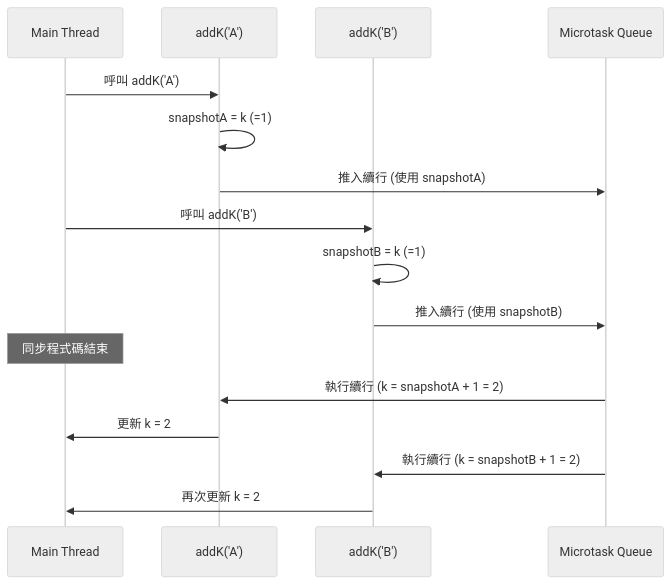
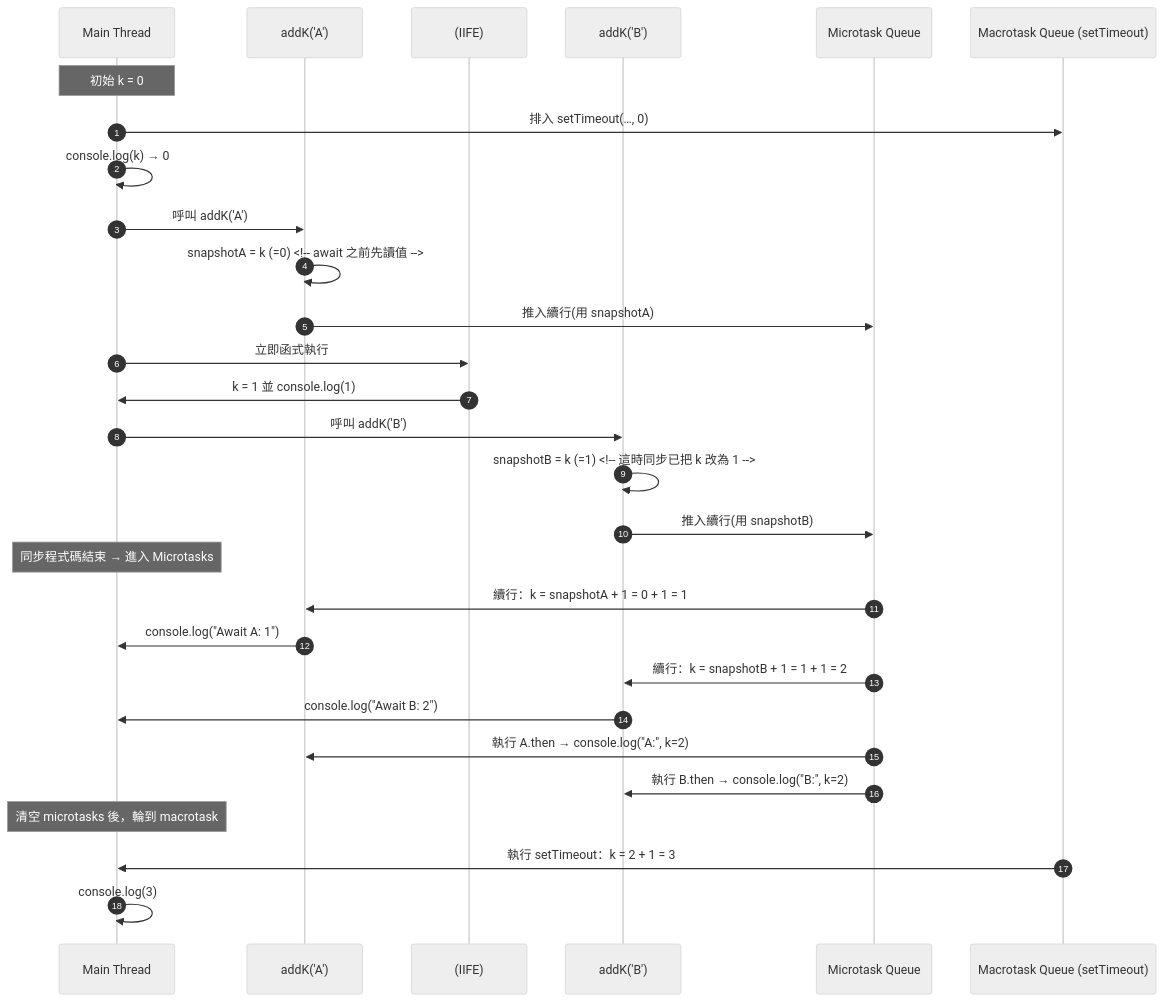
One commit to ChungYingHo/Jeremy-Ho changed the diagram in docs/series/02-iThome_2025/14-day_14.mdx. Above: the diagram before and after it, drawn with Mermaid (neutral theme). The commit also changed other lines of this file and 5 other files, not shown here.

````diff
--- a/docs/series/02-iThome_2025/14-day_14.mdx
+++ b/docs/series/02-iThome_2025/14-day_14.mdx
@@ -207,23 +219,42 @@
 ```mermaid
 sequenceDiagram
+    autonumber
     participant Main as Main Thread
     participant A as addK('A')
+    participant IIFE as (IIFE)
     participant B as addK('B')
     participant MQ as Microtask Queue
+    participant TQ as Macrotask Queue (setTimeout)
+
+    Note over Main: 初始 k = 0
+
+    Main->>TQ: 排入 setTimeout(…, 0)
+    Main->>Main: console.log(k) → 0
 
     Main->>A: 呼叫 addK('A')
-    A->>A: snapshotA = k (=1)
-    A->>MQ: 推入續行 (使用 snapshotA)
+    A->>A: snapshotA = k (=0)   <!-- await 之前先讀值 -->
+    A->>MQ: 推入續行(用 snapshotA)
+
+    Main->>IIFE: 立即函式執行
+    IIFE->>Main: k = 1 並 console.log(1)
 
     Main->>B: 呼叫 addK('B')
-    B->>B: snapshotB = k (=1)
-    B->>MQ: 推入續行 (使用 snapshotB)
+    B->>B: snapshotB = k (=1)   <!-- 這時同步已把 k 改為 1 -->
+    B->>MQ: 推入續行(用 snapshotB)
 
-    Note over Main: 同步程式碼結束
+    Note over Main: 同步程式碼結束 → 進入 Microtasks
 
-    MQ->>A: 執行續行 (k = snapshotA + 1 = 2)
-    A->>Main: 更新 k = 2
+    MQ->>A: 續行：k = snapshotA + 1 = 0 + 1 = 1
+    A->>Main: console.log("Await A: 1")
 
-    MQ->>B: 執行續行 (k = snapshotB + 1 = 2)
-    B->>Main: 再次更新 k = 2
+    MQ->>B: 續行：k = snapshotB + 1 = 1 + 1 = 2
+    B->>Main: console.log("Await B: 2")
+
+    MQ->>A: 執行 A.then → console.log("A:", k=2)
+    MQ->>B: 執行 B.then → console.log("B:", k=2)
+
+    Note over Main: 清空 microtasks 後，輪到 macrotask
+
+    TQ->>Main: 執行 setTimeout：k = 2 + 1 = 3
+    Main->>Main: console.log(3)
 ```
````
